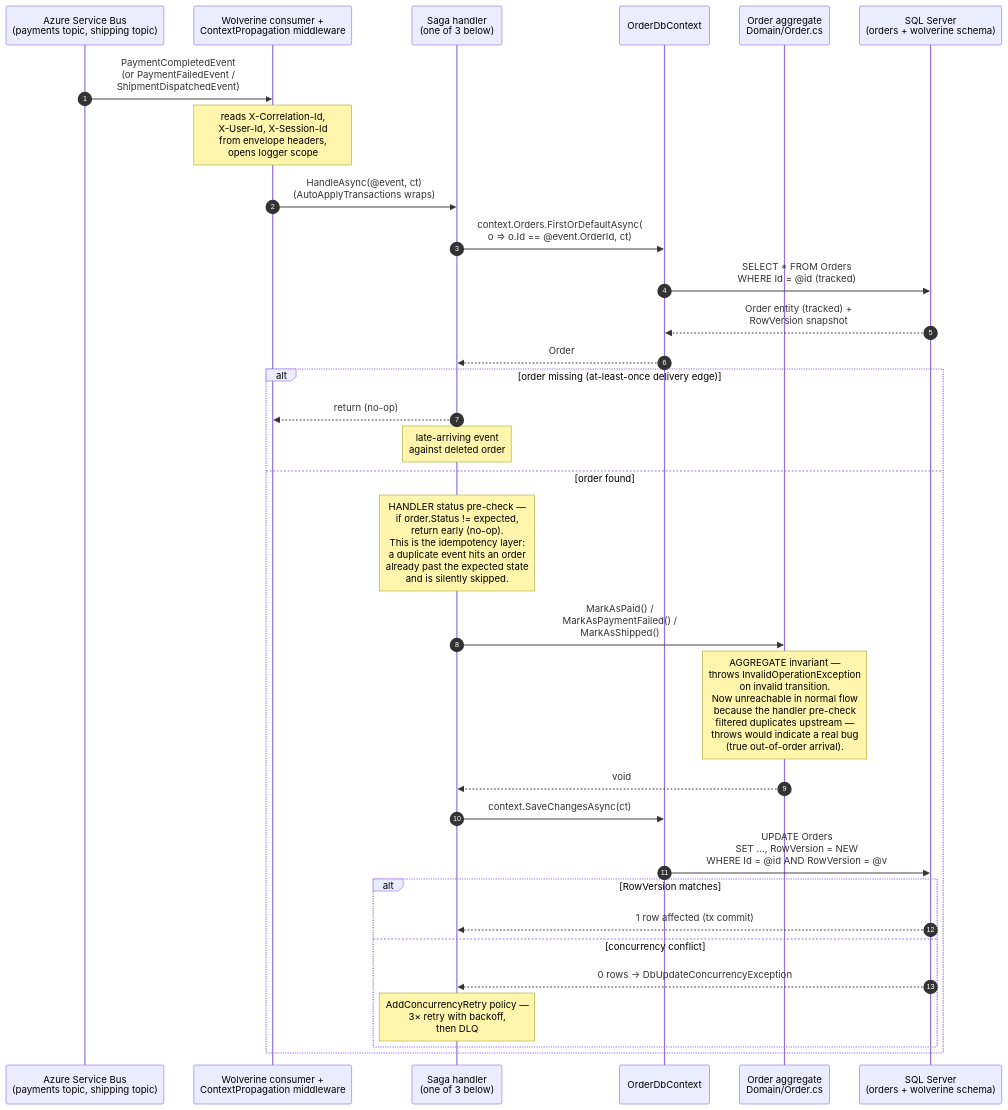
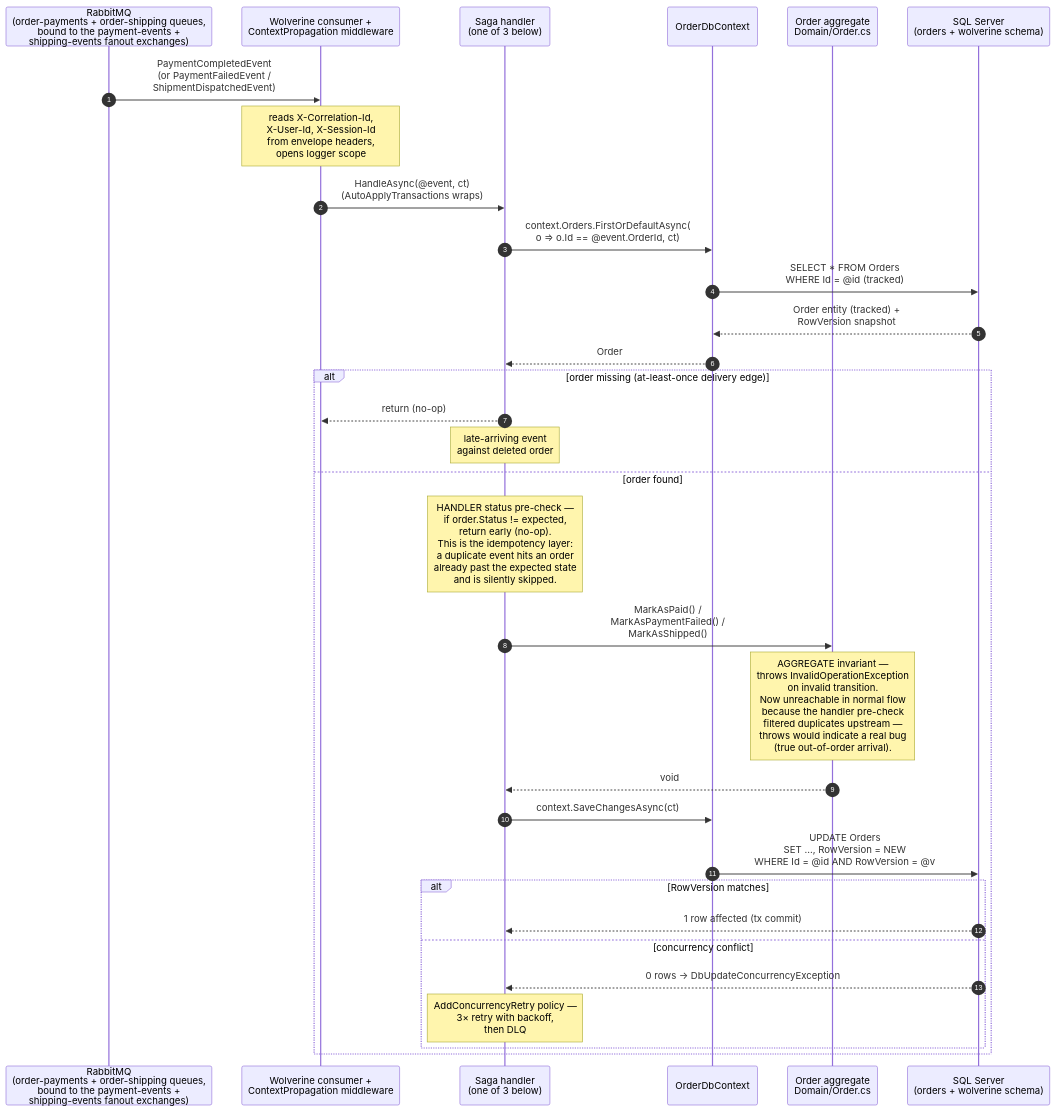
The second of 4 diagrams in docs/code-flows/orderservice.md (emeraldleaf/NextAurora), drawn with Mermaid before and after one commit. The commit also changed other lines of this file and 55 other files, not shown here.

````diff
--- a/docs/code-flows/orderservice.md
+++ b/docs/code-flows/orderservice.md
@@ -88,38 +88,38 @@
 ```mermaid
 sequenceDiagram
     autonumber
-    participant ASB as Azure Service Bus<br/>(payments topic, shipping topic)
+    participant MQ as RabbitMQ<br/>(order-payments + order-shipping queues,<br/>bound to the payment-events +<br/>shipping-events fanout exchanges)
     participant W as Wolverine consumer +<br/>ContextPropagation middleware
     participant H as Saga handler<br/>(one of 3 below)
     participant Ctx as OrderDbContext
     participant Agg as Order aggregate<br/>Domain/Order.cs
     participant DB as SQL Server<br/>(orders + wolverine schema)
 
-    ASB->>W: PaymentCompletedEvent<br/>(or PaymentFailedEvent /<br/> ShipmentDispatchedEvent)
+    MQ->>W: PaymentCompletedEvent<br/>(or PaymentFailedEvent /<br/> ShipmentDispatchedEvent)
     Note over W: reads X-Correlation-Id,<br/>X-User-Id, X-Session-Id<br/>from envelope headers,<br/>opens logger scope
     W->>H: HandleAsync(@event, ct)<br/>(AutoApplyTransactions wraps)
 
     H->>Ctx: context.Orders.FirstOrDefaultAsync(<br/>  o => o.Id == @event.OrderId, ct)
     Ctx->>DB: SELECT * FROM Orders<br/>WHERE Id = @id (tracked)
     DB-->>Ctx: Order entity (tracked) +<br/>RowVersion snapshot
     Ctx-->>H: Order
 
     alt order missing (at-least-once delivery edge)
         H-->>W: return (no-op)
         Note over H: late-arriving event<br/>against deleted order
     else order found
         Note over H: HANDLER status pre-check —<br/>if order.Status != expected,<br/>return early (no-op).<br/>This is the idempotency layer:<br/>a duplicate event hits an order<br/>already past the expected state<br/>and is silently skipped.
         H->>Agg: MarkAsPaid() /<br/>MarkAsPaymentFailed() /<br/>MarkAsShipped()
         Note over Agg: AGGREGATE invariant —<br/>throws InvalidOperationException<br/>on invalid transition.<br/>Now unreachable in normal flow<br/>because the handler pre-check<br/>filtered duplicates upstream —<br/>throws would indicate a real bug<br/>(true out-of-order arrival).
         Agg-->>H: void
 
         H->>Ctx: context.SaveChangesAsync(ct)
         Ctx->>DB: UPDATE Orders<br/>SET ..., RowVersion = NEW<br/>WHERE Id = @id AND RowVersion = @v
         alt RowVersion matches
             DB-->>H: 1 row affected (tx commit)
         else concurrency conflict
             DB-->>H: 0 rows → DbUpdateConcurrencyException
             Note over H: AddConcurrencyRetry policy —<br/>3× retry with backoff,<br/>then DLQ
         end
     end
 ```
````
